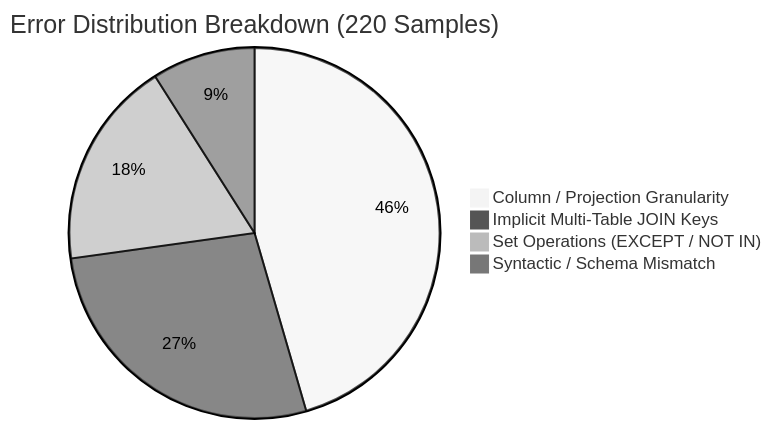
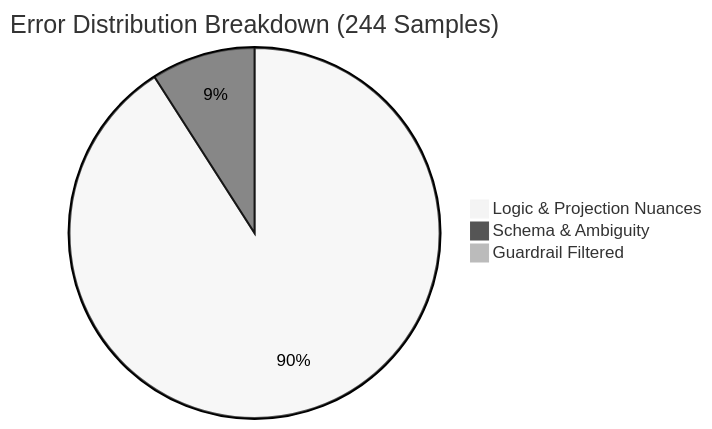
The second of 2 diagrams in README.md (khoind06/Text-to-SQL), drawn with Mermaid (neutral theme) before and after one commit. The commit also changed other lines of this file, not shown here.

````diff
--- a/README.md
+++ b/README.md
@@ -121,7 +121,6 @@
 ```mermaid
-pie title Error Distribution Breakdown (220 Samples)
-    "Column / Projection Granularity" : 45.5
-    "Implicit Multi-Table JOIN Keys" : 27.3
-    "Set Operations (EXCEPT / NOT IN)" : 18.2
-    "Syntactic / Schema Mismatch" : 9.0
+pie title Error Distribution Breakdown (244 Samples)
+    "Logic & Projection Nuances" : 90.2
+    "Schema & Ambiguity" : 9.0
+    "Guardrail Filtered" : 0.8
 ```
````
